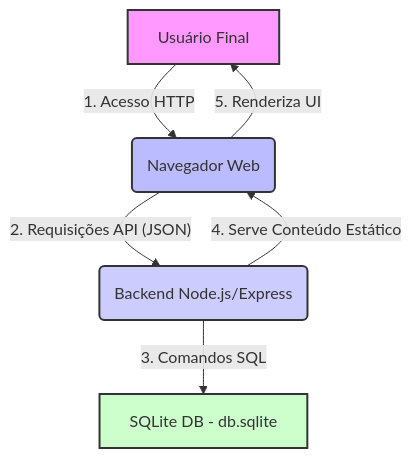
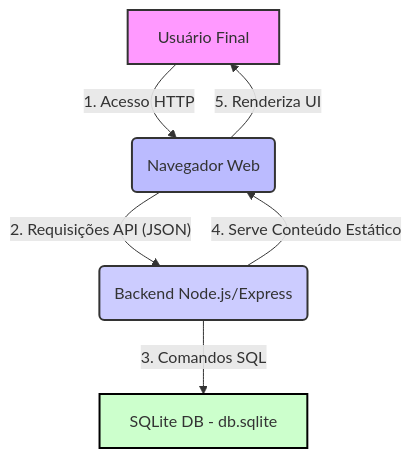
Before and after one commit to guilhermE-029/taskry: the diagram in docs/03-arquitetura.md, drawn with Mermaid.

````diff
--- a/docs/03-arquitetura.md
+++ b/docs/03-arquitetura.md
@@ -13,21 +13,21 @@
 ```mermaid
 graph TD
     %% Entidades Principais
     A[Usuário Final]
     B(Navegador Web)
     C(Backend Node.js/Express)
     D[SQLite DB - db.sqlite]
 
     %% Fluxo de Interação
     A -- 1. Acesso HTTP --> B
     B -- 2. Requisições API (JSON) --> C
     C -- 3. Comandos SQL --> D
     C -- 4. Serve Conteúdo Estático --> B
     B -- 5. Renderiza UI --> A
 
     %% Estilos (Opcional, mas melhora a visualização em alguns renderizadores Mermaid)
     style A fill:#f9f,stroke:#333,stroke-width:2px
     style B fill:#bbf,stroke:#333,stroke-width:2px
     style C fill:#ccf,stroke:#333,stroke-width:2px
-    style D fill:#cfc,stroke:#333,stroke-width:2px
+    style D fill:#cfc,stroke:#000000,stroke-width:2px
 ```
````
